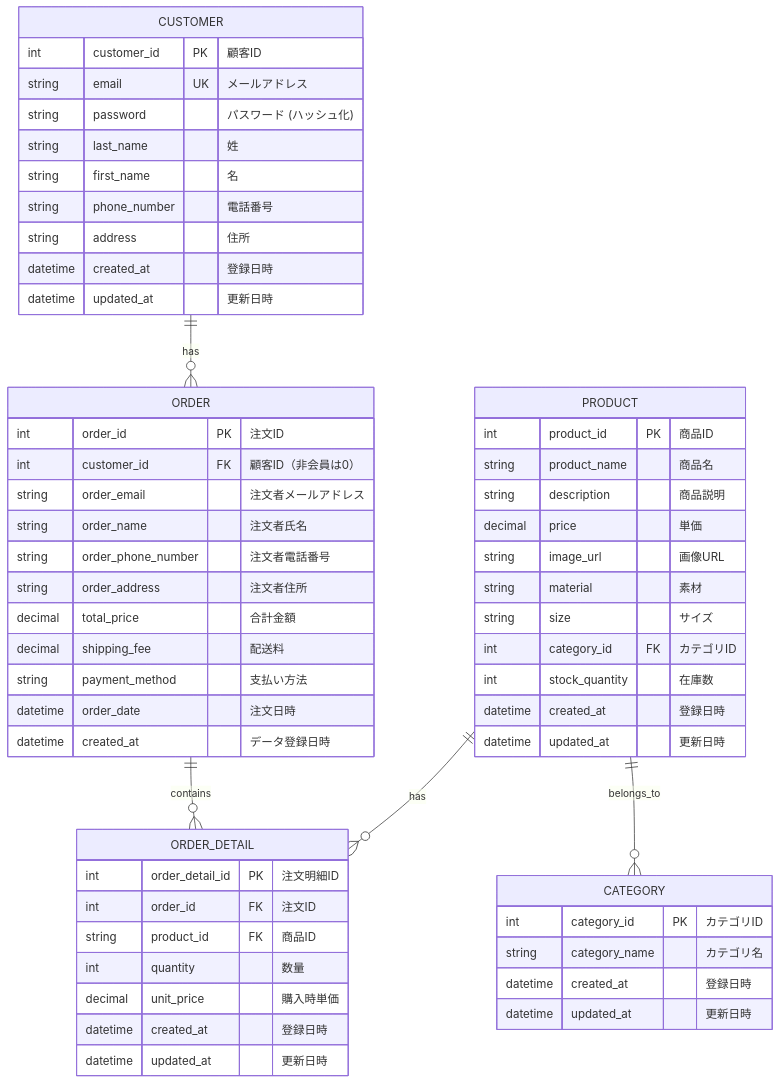
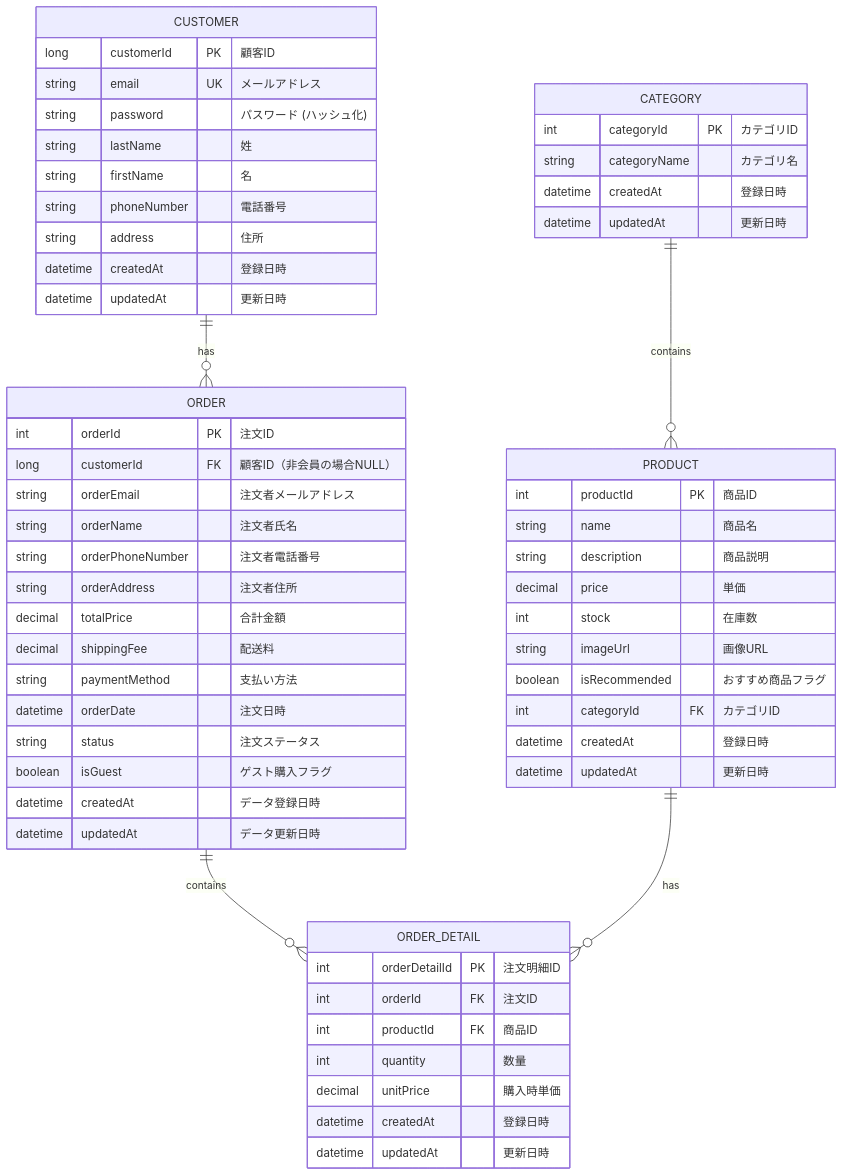
The fifth of 5 diagrams in 基本設計/基本設計書_v4.md (shogomaeda758/Bacon), drawn with Mermaid before and after one commit. The commit also changed other lines of this file, not shown here.

Commit message:
er図更新

```diff
--- a/基本設計/基本設計書_v4.md
+++ b/基本設計/基本設計書_v4.md
@@ -546,65 +546,66 @@
 <div class='mermaid'>
 erDiagram
     CUSTOMER ||--o{ ORDER : has
     ORDER ||--o{ ORDER_DETAIL : contains
     PRODUCT ||--o{ ORDER_DETAIL : has
-    PRODUCT ||--o{ CATEGORY : belongs_to
-    
+    CATEGORY ||--o{ PRODUCT : contains
 
     CUSTOMER {
-        int customer_id PK "顧客ID"
+        long customerId PK "顧客ID"
         string email UK "メールアドレス"
         string password "パスワード (ハッシュ化)"
-        string last_name "姓"
-        string first_name "名"
-        string phone_number "電話番号"
+        string lastName "姓"
+        string firstName "名"
+        string phoneNumber "電話番号"
         string address "住所"
-        datetime created_at "登録日時"
-        datetime updated_at "更新日時"
+        datetime createdAt "登録日時"
+        datetime updatedAt "更新日時"
     }
 
     PRODUCT {
-        int product_id PK "商品ID"
-        string product_name "商品名"
+        int productId PK "商品ID"
+        string name "商品名"
         string description "商品説明"
         decimal price "単価"
-        string image_url "画像URL"
-        string material "素材"
-        string size "サイズ"
-        int category_id FK "カテゴリID"
-        int stock_quantity "在庫数"
-        datetime created_at "登録日時"
-        datetime updated_at "更新日時"
+        int stock "在庫数"
+        string imageUrl "画像URL"
+        boolean isRecommended "おすすめ商品フラグ"
+        int categoryId FK "カテゴリID"
+        datetime createdAt "登録日時"
+        datetime updatedAt "更新日時"
     }
 
     CATEGORY {
-        int category_id PK "カテゴリID"
-        string category_name "カテゴリ名"
-        datetime created_at "登録日時"
-        datetime updated_at "更新日時"
+        int categoryId PK "カテゴリID"
+        string categoryName "カテゴリ名"
+        datetime createdAt "登録日時"
+        datetime updatedAt "更新日時"
     }
 
     ORDER {
-        int order_id PK "注文ID"
-        int customer_id FK "顧客ID（非会員は0）"
-        string order_email "注文者メールアドレス"
-        string order_name "注文者氏名"
-        string order_phone_number "注文者電話番号"
-        string order_address "注文者住所"
-        decimal total_price "合計金額"
-        decimal shipping_fee "配送料"
-        string payment_method "支払い方法"
-        datetime order_date "注文日時"
-        datetime created_at "データ登録日時"
+        int orderId PK "注文ID"
+        long customerId FK "顧客ID（非会員の場合NULL）"
+        string orderEmail "注文者メールアドレス"
+        string orderName "注文者氏名"
+        string orderPhoneNumber "注文者電話番号"
+        string orderAddress "注文者住所"
+        decimal totalPrice "合計金額"
+        decimal shippingFee "配送料"
+        string paymentMethod "支払い方法"
+        datetime orderDate "注文日時"
+        string status "注文ステータス"
+        boolean isGuest "ゲスト購入フラグ"
+        datetime createdAt "データ登録日時"
+        datetime updatedAt "データ更新日時"
     }
 
     ORDER_DETAIL {
-        int order_detail_id PK "注文明細ID"
-        int order_id FK "注文ID"
-        string product_id FK "商品ID"
+        int orderDetailId PK "注文明細ID"
+        int orderId FK "注文ID"
+        int productId FK "商品ID"
         int quantity "数量"
-        decimal unit_price "購入時単価"
-        datetime created_at "登録日時"
-        datetime updated_at "更新日時"
+        decimal unitPrice "購入時単価"
+        datetime createdAt "登録日時"
+        datetime updatedAt "更新日時"
     }
 </div>
```
